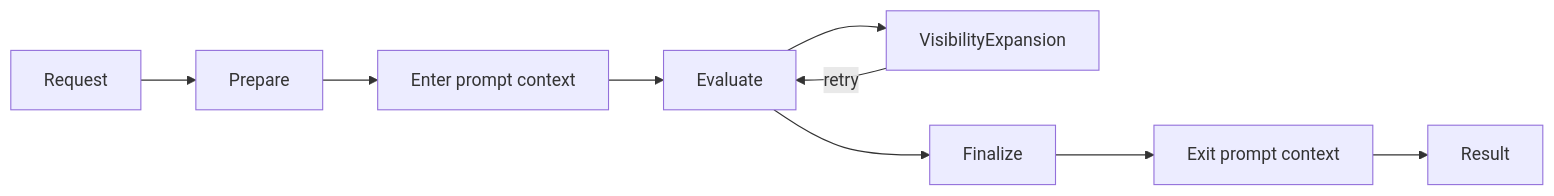
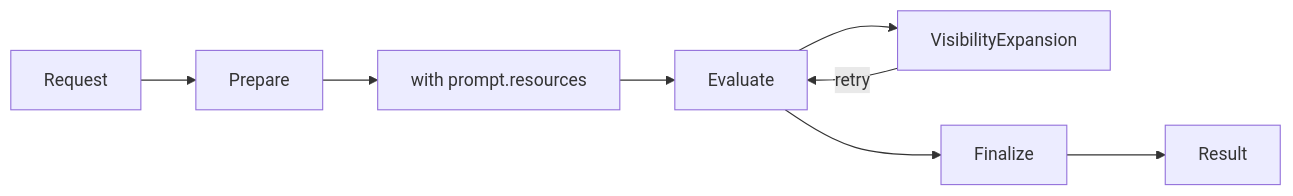
Before and after one commit to weakincentives/weakincentives: the diagram in specs/MAIN_LOOP.md, drawn with Mermaid. The commit also changed other lines of this file and 34 other files, not shown here.

````diff
--- a/specs/MAIN_LOOP.md
+++ b/specs/MAIN_LOOP.md
@@ -81,9 +36,8 @@
 ```mermaid
 flowchart LR
-    Request --> Prepare --> EnterContext["Enter prompt context"]
-    EnterContext --> Evaluate
+    Request --> Prepare --> Context["with prompt.resources"]
+    Context --> Evaluate
     Evaluate --> Visibility["VisibilityExpansion"]
     Visibility -->|retry| Evaluate
-    Evaluate --> Finalize --> ExitContext["Exit prompt context"]
-    ExitContext --> Result
+    Evaluate --> Finalize --> Result
 ```
````
